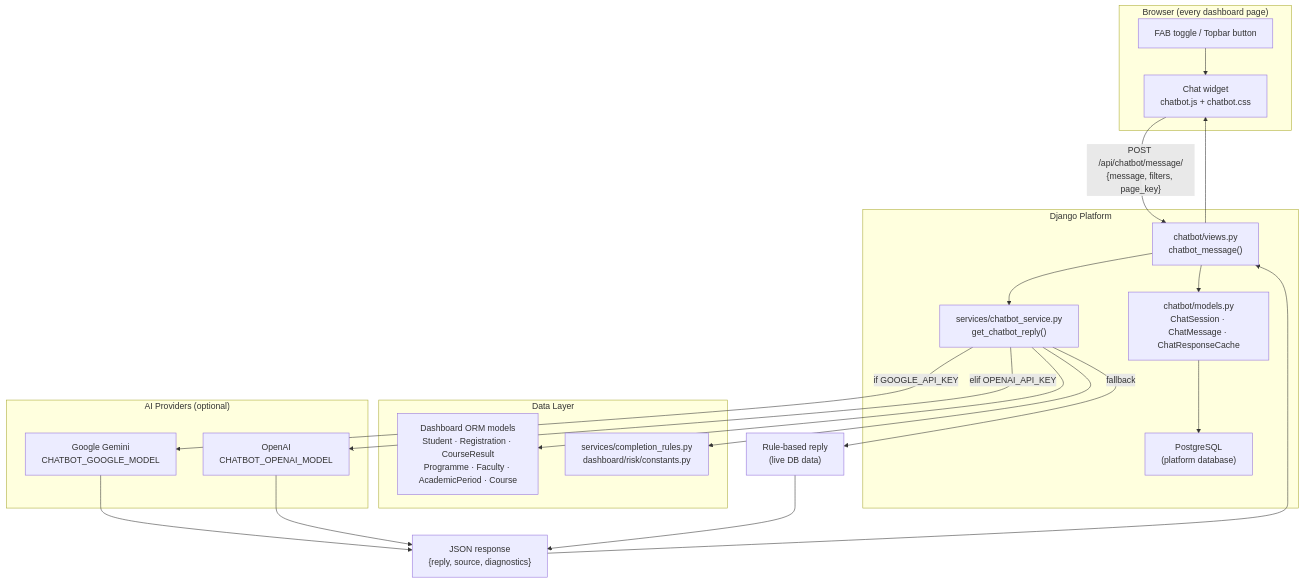
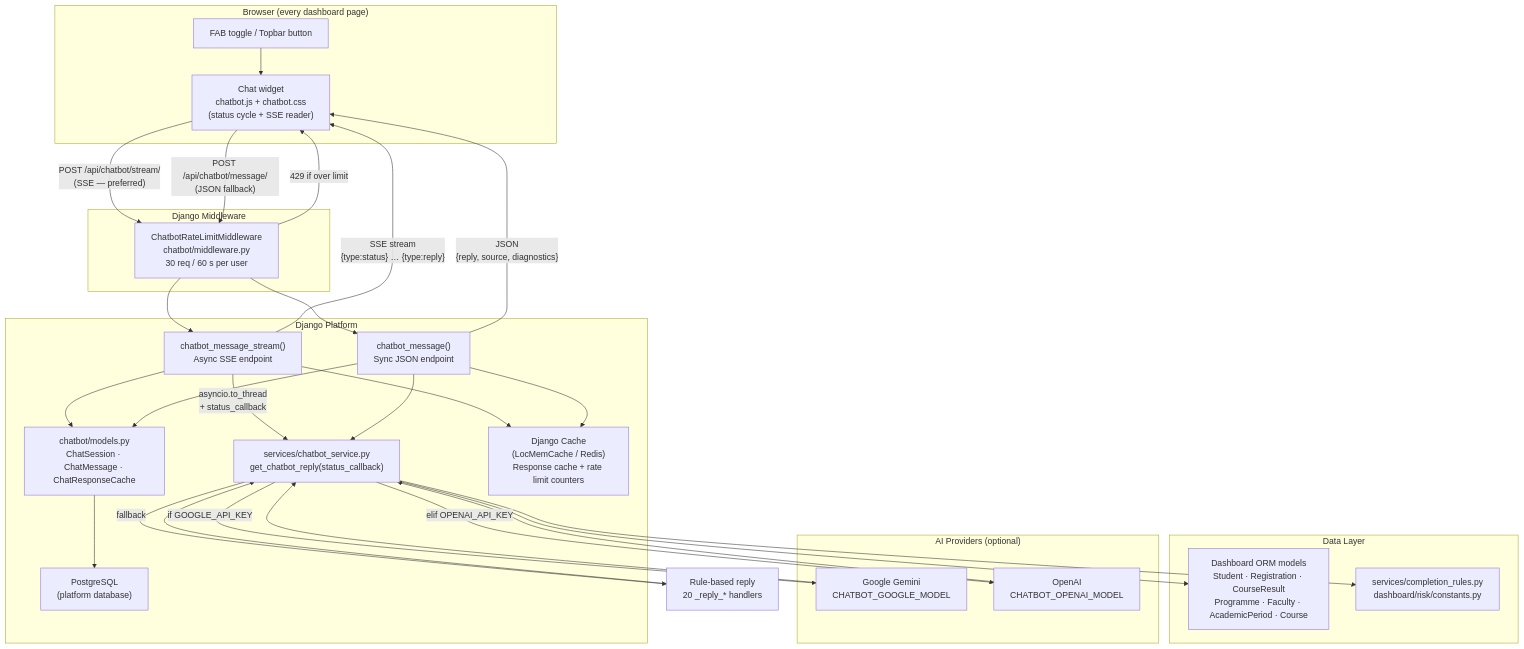
Before and after one commit to SeanM04/register_platform: the first of 5 diagrams in docs/CHATBOT.md, drawn with Mermaid. The commit also changed other lines of this file and 13 other files, not shown here.

````diff
--- a/docs/CHATBOT.md
+++ b/docs/CHATBOT.md
@@ -42,40 +42,50 @@
 ```mermaid
 flowchart TD
     subgraph Browser["Browser (every dashboard page)"]
-        UI["Chat widget\nchatbot.js + chatbot.css"]
+        UI["Chat widget\nchatbot.js + chatbot.css\n(status cycle + SSE reader)"]
         FAB["FAB toggle / Topbar button"]
         FAB --> UI
     end
 
+    subgraph Middleware["Django Middleware"]
+        RL["ChatbotRateLimitMiddleware\nchatbot/middleware.py\n30 req / 60 s per user"]
+    end
+
     subgraph Django["Django Platform"]
-        VIEW["chatbot/views.py\nchatbot_message()"]
-        SERVICE["services/chatbot_service.py\nget_chatbot_reply()"]
+        VIEW_J["chatbot_message()\nSync JSON endpoint"]
+        VIEW_S["chatbot_message_stream()\nAsync SSE endpoint"]
+        SERVICE["services/chatbot_service.py\nget_chatbot_reply(status_callback)"]
         MODELS["chatbot/models.py\nChatSession · ChatMessage · ChatResponseCache"]
         DB["PostgreSQL\n(platform database)"]
+        CACHE["Django Cache\n(LocMemCache / Redis)\nResponse cache + rate limit counters"]
     end
 
     subgraph DataLayer["Data Layer"]
         ORM["Dashboard ORM models\nStudent · Registration · CourseResult\nProgramme · Faculty · AcademicPeriod · Course"]
         RULES["services/completion_rules.py\ndashboard/risk/constants.py"]
     end
 
     subgraph AIProviders["AI Providers (optional)"]
         GOOGLE["Google Gemini\nCHATBOT_GOOGLE_MODEL"]
         OPENAI["OpenAI\nCHATBOT_OPENAI_MODEL"]
     end
 
-    UI -->|"POST /api/chatbot/message/\n{message, filters, page_key}"| VIEW
-    VIEW --> MODELS
+    UI -->|"POST /api/chatbot/stream/\n(SSE — preferred)"| RL
+    UI -->|"POST /api/chatbot/message/\n(JSON fallback)"| RL
+    RL -->|"429 if over limit"| UI
+    RL --> VIEW_S
+    RL --> VIEW_J
+    VIEW_S & VIEW_J --> MODELS
     MODELS --> DB
-    VIEW --> SERVICE
+    VIEW_S & VIEW_J --> CACHE
+    VIEW_S -->|"asyncio.to_thread\n+ status_callback"| SERVICE
+    VIEW_J --> SERVICE
     SERVICE --> ORM
     SERVICE --> RULES
     SERVICE -->|"if GOOGLE_API_KEY"| GOOGLE
     SERVICE -->|"elif OPENAI_API_KEY"| OPENAI
-    SERVICE -->|"fallback"| REPLY["Rule-based reply\n(live DB data)"]
-    GOOGLE --> RESPONSE["JSON response\n{reply, source, diagnostics}"]
-    OPENAI --> RESPONSE
-    REPLY --> RESPONSE
-    RESPONSE --> VIEW
-    VIEW --> UI
+    SERVICE -->|"fallback"| REPLY["Rule-based reply\n20 _reply_* handlers"]
+    GOOGLE & OPENAI & REPLY --> SERVICE
+    VIEW_S -->|"SSE stream\n{type:status} … {type:reply}"| UI
+    VIEW_J -->|"JSON\n{reply, source, diagnostics}"| UI
 ```
````
